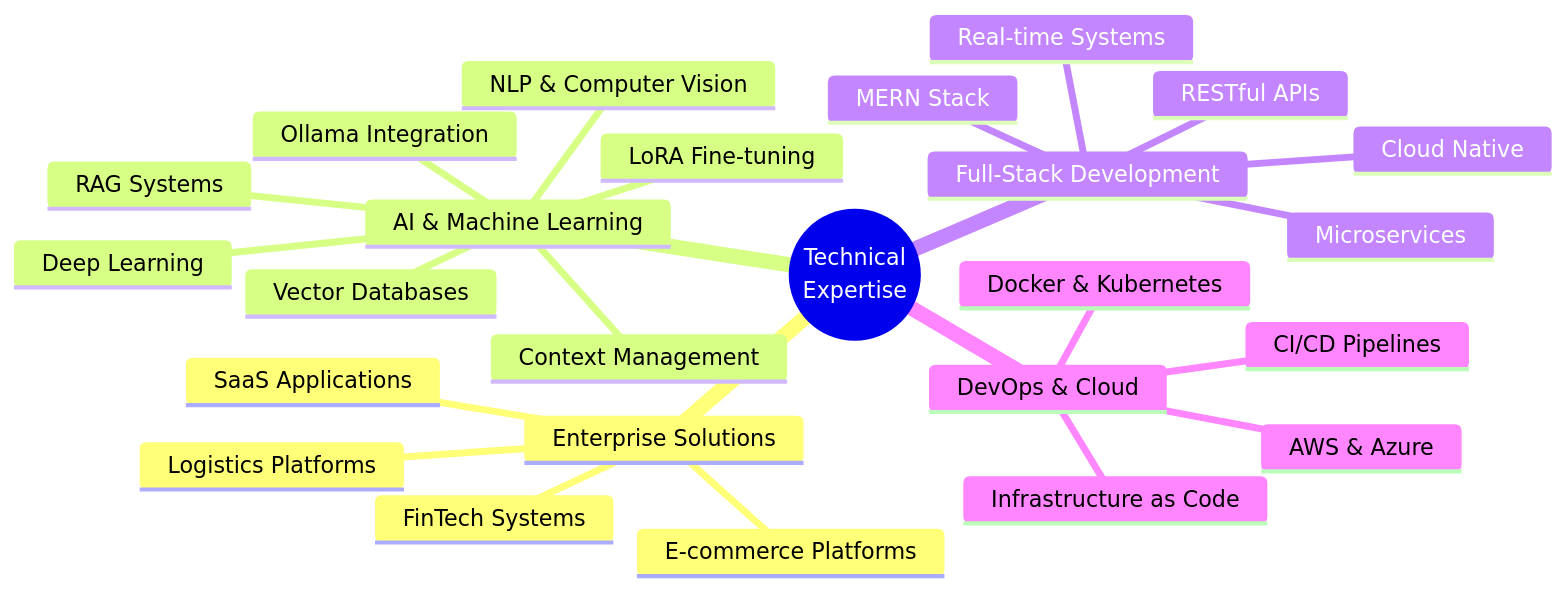
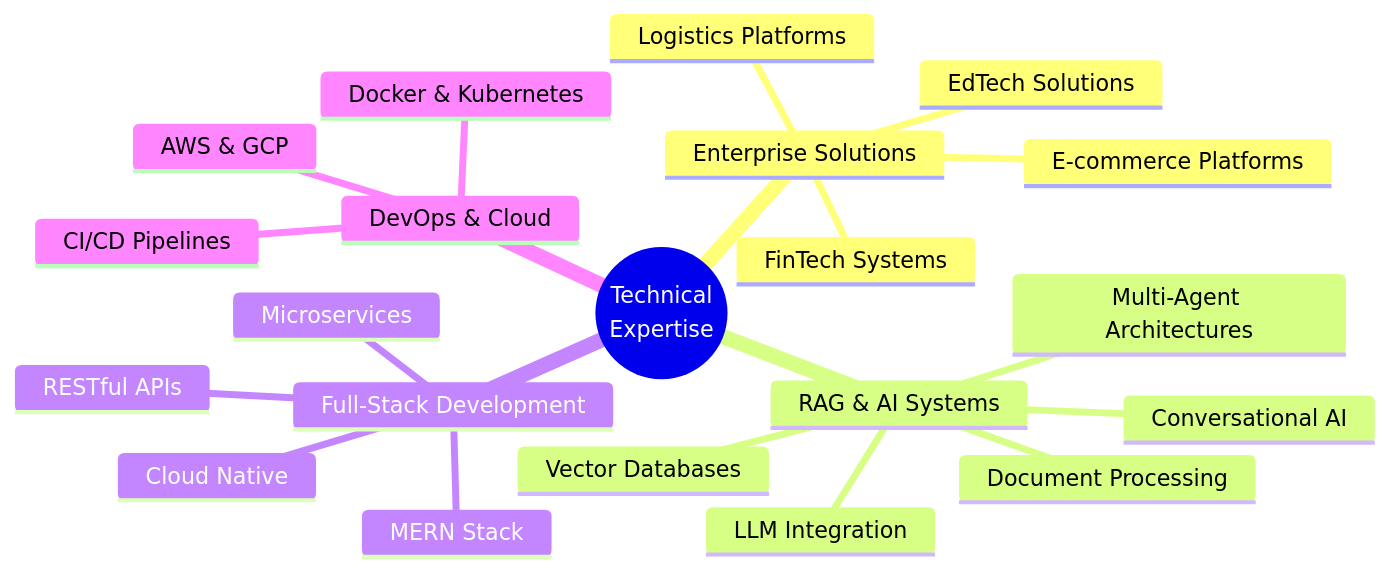
One commit to UDDITwork/UDDITwork changed the diagram in README.md. Above: the diagram before and after it, drawn with Mermaid. The commit also changed other lines of this file, not shown here.

````diff
--- a/README.md
+++ b/README.md
@@ -382,29 +598,25 @@
 ```mermaid
 mindmap
   root((Technical
     Expertise))
     Enterprise Solutions
       Logistics Platforms
       FinTech Systems
       E-commerce Platforms
-      SaaS Applications
-    AI & Machine Learning
-      LoRA Fine-tuning
-      RAG Systems
+      EdTech Solutions
+    RAG & AI Systems
+      Multi-Agent Architectures
       Vector Databases
-      Context Management
-      Ollama Integration
-      Deep Learning
-      NLP & Computer Vision
+      LLM Integration
+      Conversational AI
+      Document Processing
     Full-Stack Development
       MERN Stack
       Cloud Native
       Microservices
       RESTful APIs
-      Real-time Systems
     DevOps & Cloud
       Docker & Kubernetes
-      AWS & Azure
+      AWS & GCP
       CI/CD Pipelines
-      Infrastructure as Code
 ```
````
